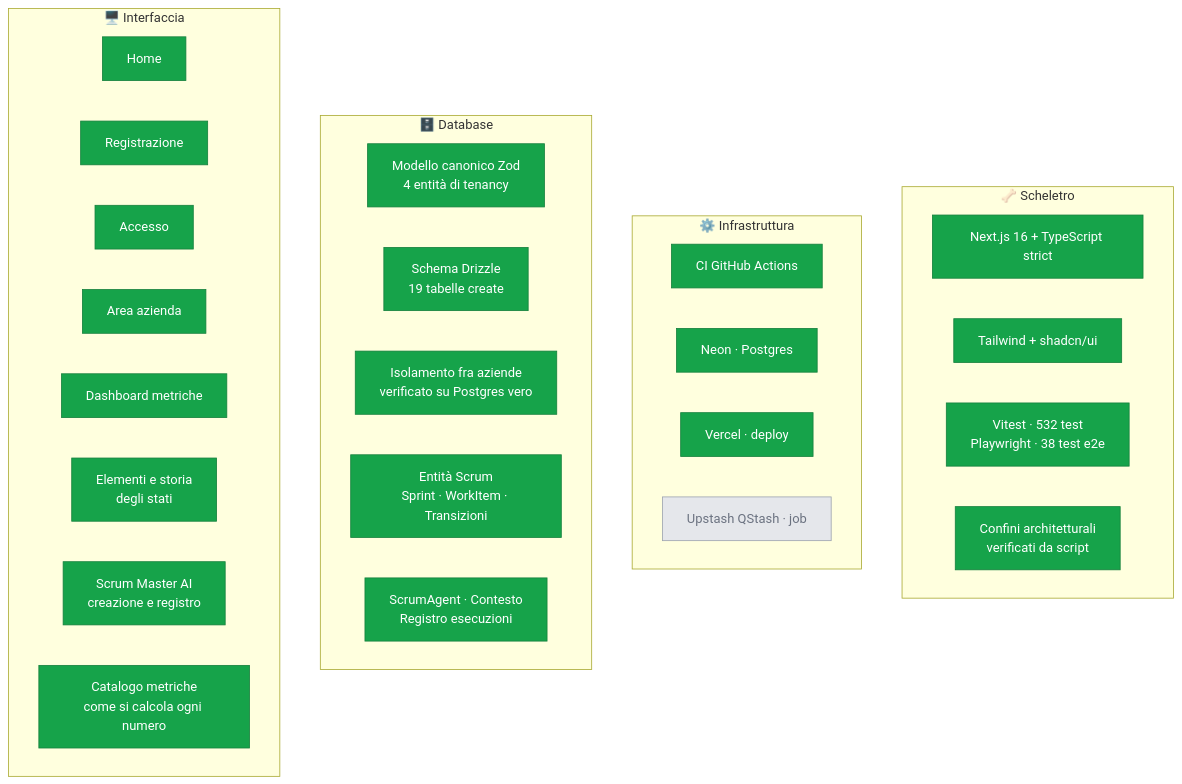
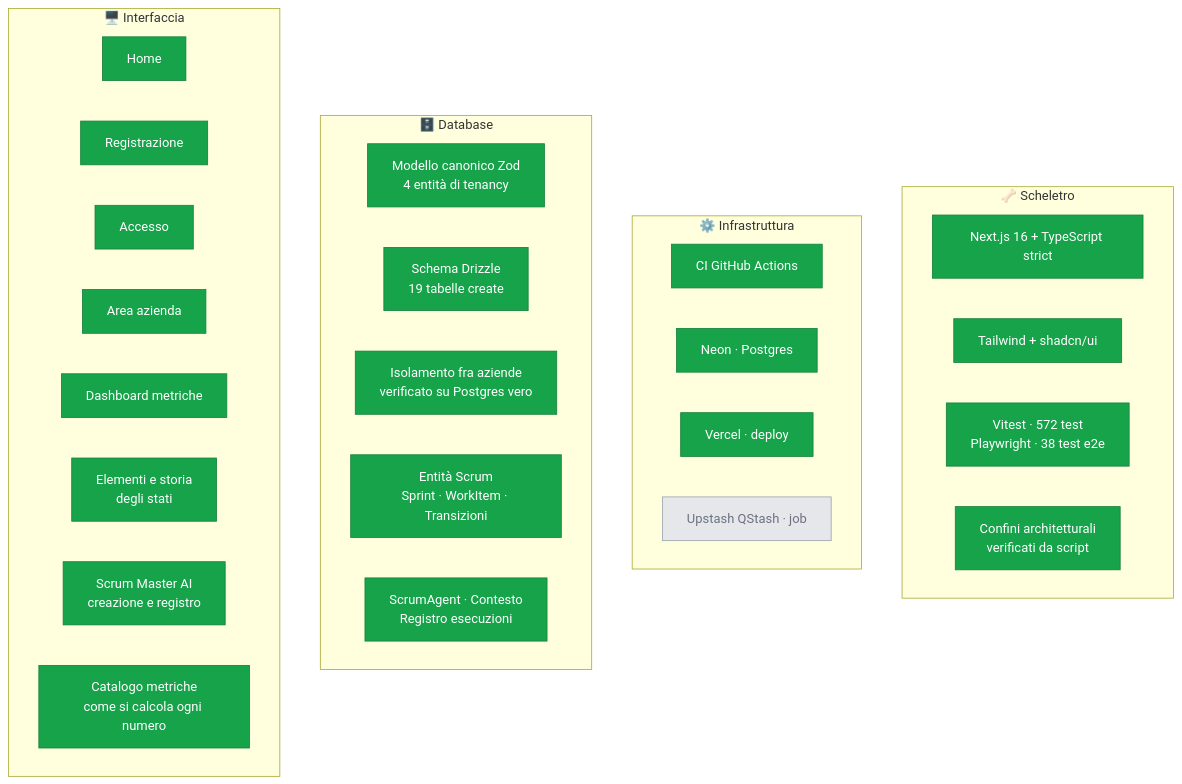
Before and after one commit to dibari62/scrum-master-ai: the first of 3 diagrams in docs/stato-progetto.md, drawn with Mermaid. The commit also changed other lines of this file and 11 other files, not shown here.

````diff
--- a/docs/stato-progetto.md
+++ b/docs/stato-progetto.md
@@ -13,45 +13,45 @@
 ```mermaid
 graph TB
     subgraph SCH["🦴 Scheletro"]
         S1["Next.js 16 + TypeScript strict"]
         S2["Tailwind + shadcn/ui"]
-        S3["Vitest · 532 test<br/>Playwright · 38 test e2e"]
+        S3["Vitest · 572 test<br/>Playwright · 38 test e2e"]
         S4["Confini architetturali<br/>verificati da script"]
     end
 
     subgraph INF["⚙️ Infrastruttura"]
         I1["CI GitHub Actions"]
         I2["Neon · Postgres"]
         I3["Vercel · deploy"]
         I4["Upstash QStash · job"]
     end
 
     subgraph DB["🗄️ Database"]
         D1["Modello canonico Zod<br/>4 entità di tenancy"]
         D2["Schema Drizzle<br/>19 tabelle create"]
         D3["Isolamento fra aziende<br/>verificato su Postgres vero"]
         D4["Entità Scrum<br/>Sprint · WorkItem · Transizioni"]
         D5["ScrumAgent · Contesto<br/>Registro esecuzioni"]
     end
 
     subgraph UI["🖥️ Interfaccia"]
         U1["Home"]
         U2["Registrazione"]
         U3["Accesso"]
         U4["Area azienda"]
         U5["Dashboard metriche"]
         U7["Elementi e storia<br/>degli stati"]
         U6["Scrum Master AI<br/>creazione e registro"]
         U8["Catalogo metriche<br/>come si calcola ogni numero"]
     end
 
     classDef fatto fill:#16a34a,stroke:#15803d,color:#fff
     classDef corso fill:#eab308,stroke:#ca8a04,color:#000
     classDef todo fill:#e5e7eb,stroke:#9ca3af,color:#6b7280
 
     class S1,S2,S3,S4 fatto
     class I1,I2,I3 fatto
     class I4 todo
     class D1,D2,D3,D4,D5 fatto
     class U1,U2,U3,U4,U5,U6,U7,U8 fatto
 ```
````
